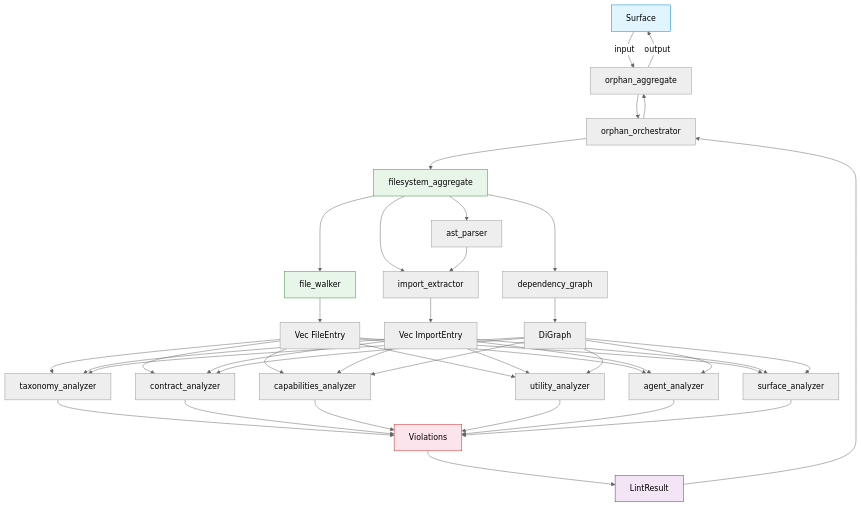
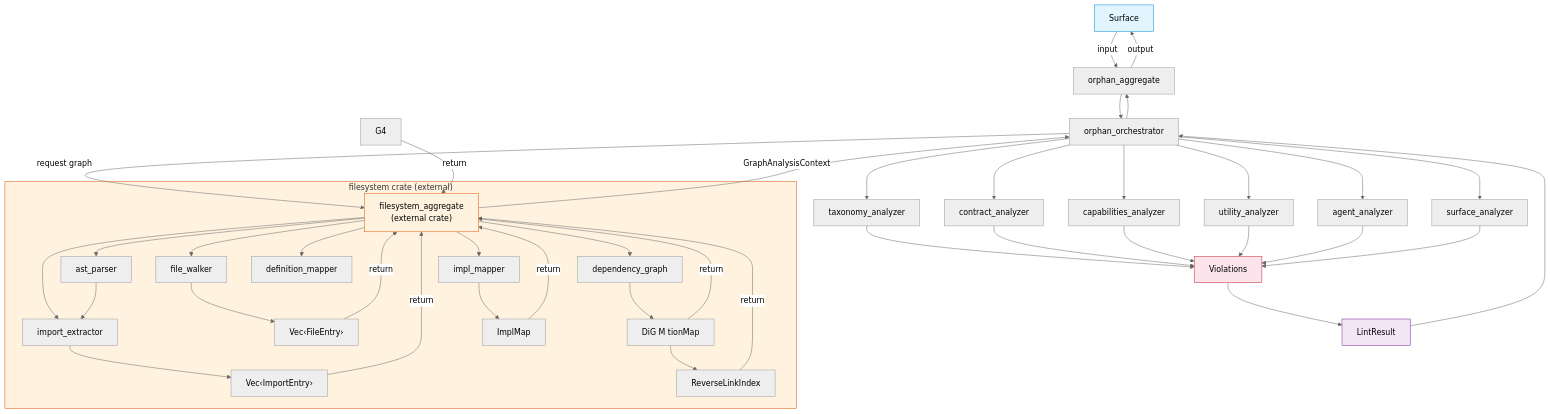
Before and after one commit to rakaarwaky/lint-arwaky: the diagram in crates/orphan-detector/FRD.md, drawn with Mermaid (neutral theme). The commit also changed other lines of this file, not shown here.

Commit message:
refactor: update FRD to reflect shift to external filesystem graph dependency

````diff
--- a/crates/orphan-detector/FRD.md
+++ b/crates/orphan-detector/FRD.md
@@ -9,48 +13,55 @@
 ```mermaid
 flowchart TD
     A["Surface"] -->|input| B["orphan_aggregate"]
     B --> C["orphan_orchestrator"]
-    C --> D["filesystem_aggregate"]
-    D --> E1["file_walker"]
-    D --> F1["ast_parser"]
-    D --> F2["import_extractor"]
-    D --> F3["dependency_graph"]
-    F1 --> F2
-    E1 --> G1["Vec FileEntry"]
-    F2 --> G2["Vec ImportEntry"]
-    F3 --> G3["DiGraph"]
-    G1 --> H1["taxonomy_analyzer"]
-    G1 --> H2["contract_analyzer"]
-    G1 --> H3["capabilities_analyzer"]
-    G1 --> H4["utility_analyzer"]
-    G1 --> H5["agent_analyzer"]
-    G1 --> H6["surface_analyzer"]
-    G2 --> H1
-    G2 --> H2
-    G2 --> H3
-    G2 --> H4
-    G2 --> H5
-    G2 --> H6
-    G3 --> H1
-    G3 --> H2
-    G3 --> H3
-    G3 --> H4
-    G3 --> H5
-    G3 --> H6
+
+    C -->|"request graph"| D["filesystem_aggregate\n(external crate)"]
+
+    subgraph FS ["filesystem crate (external)"]
+        D --> E1["file_walker"]
+        D --> F1["ast_parser"]
+        D --> F2["import_extractor"]
+        D --> F3["dependency_graph"]
+        D --> F4["definition_mapper"]
+        D --> F5["impl_mapper"]
+        F1 --> F2
+        E1 --> G1["Vec‹FileEntry›"]
+        F2 --> G2["Vec‹ImportEntry›"]
+        F3 --> G3["DiG M tionMap"]
+        F5 --> G5["ImplMap"]
+        G3 --> G6["ReverseLinkIndex"]
+    end
+
+    G1 -->|"return"| D
+    G2 -->|"return"| D
+    G3 -->|"return"| D
+    G4 -->|"return"| D
+    G5 -->|"return"| D
+    G6 -->|"return"| D
+
+    D -->|"GraphAnalysisContext"| C
+
+    C --> H1["taxonomy_analyzer"]
+    C --> H2["contract_analyzer"]
+    C --> H3["capabilities_analyzer"]
+    C --> H4["utility_analyzer"]
+    C --> H5["agent_analyzer"]
+    C --> H6["surface_analyzer"]
+
     H1 --> I["Violations"]
     H2 --> I
     H3 --> I
     H4 --> I
     H5 --> I
     H6 --> I
     I --> J["LintResult"]
     J --> C
     C --> B
     B -->|output| A
 
     style A fill:#e1f5fe,stroke:#0288d1
-    style D fill:#e8f5e9,stroke:#388e3c
-    style E1 fill:#e8f5e9,stroke:#388e3c
+    style FS fill:#fff3e0,stroke:#e65100
+    style D fill:#fff3e0,stroke:#e65100
     style I fill:#fce4ec,stroke:#c62828
     style J fill:#f3e5f5,stroke:#7b1fa2
 ```
````
